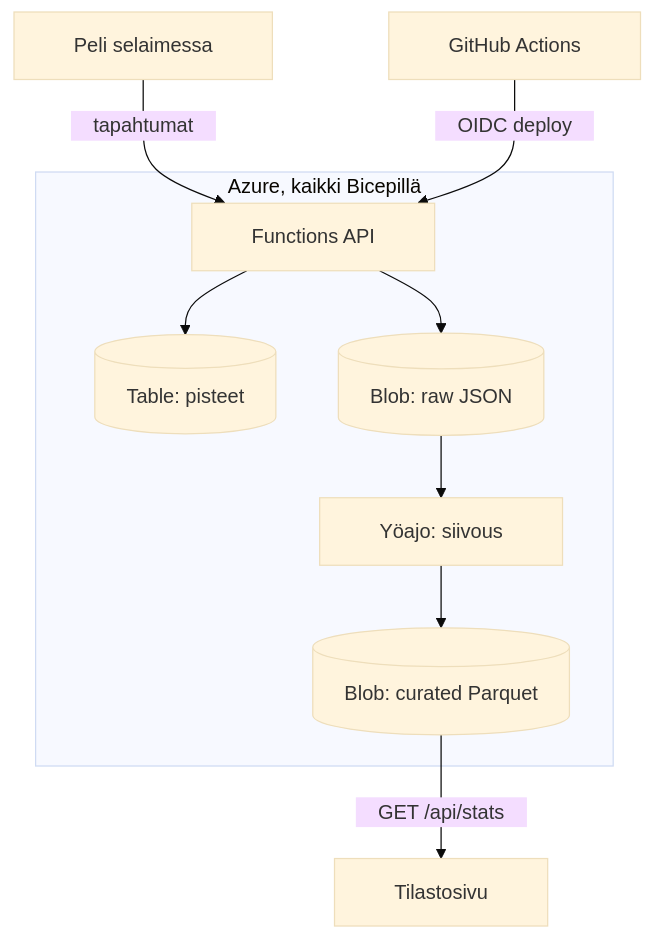
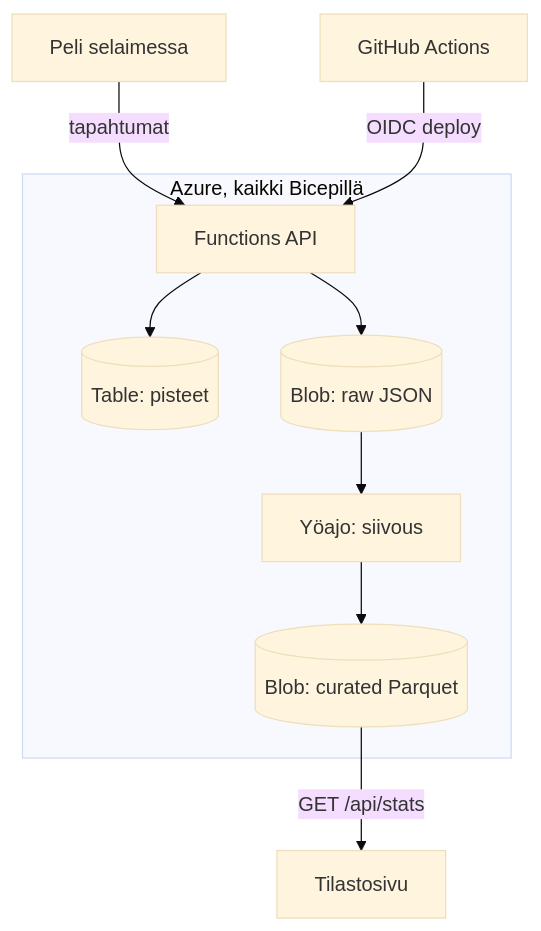
One commit to Gerlitek/zombiet-peli changed the diagram in README.md. Above: the diagram before and after it, drawn with Mermaid (base theme).

Commit message:
Try Mermaid markdown strings for the diagram labels

````diff
--- a/README.md
+++ b/README.md
@@ -14,17 +14,17 @@
 ```mermaid
 flowchart TD
-    Game["&nbsp;&nbsp;&nbsp;&nbsp;Peli selaimessa&nbsp;&nbsp;&nbsp;&nbsp;"] -->|"&nbsp;&nbsp;&nbsp;&nbsp;tapahtumat&nbsp;&nbsp;&nbsp;&nbsp;"| API
-    GH["&nbsp;&nbsp;&nbsp;&nbsp;GitHub Actions&nbsp;&nbsp;&nbsp;&nbsp;"] -->|"&nbsp;&nbsp;&nbsp;&nbsp;OIDC deploy&nbsp;&nbsp;&nbsp;&nbsp;"| API
-    subgraph Azure["&nbsp;&nbsp;&nbsp;&nbsp;Azure, kaikki Bicepillä&nbsp;&nbsp;&nbsp;&nbsp;"]
-        API["&nbsp;&nbsp;&nbsp;&nbsp;Functions API&nbsp;&nbsp;&nbsp;&nbsp;"]
-        Scores[("&nbsp;&nbsp;&nbsp;&nbsp;Table: pisteet&nbsp;&nbsp;&nbsp;&nbsp;")]
-        Raw[("&nbsp;&nbsp;&nbsp;&nbsp;Blob: raw JSON&nbsp;&nbsp;&nbsp;&nbsp;")]
-        Night["&nbsp;&nbsp;&nbsp;&nbsp;Yöajo: siivous&nbsp;&nbsp;&nbsp;&nbsp;"]
-        Cur[("&nbsp;&nbsp;&nbsp;&nbsp;Blob: curated Parquet&nbsp;&nbsp;&nbsp;&nbsp;")]
+    Game["`Peli selaimessa`"] -->|"`tapahtumat`"| API
+    GH["`GitHub Actions`"] -->|"`OIDC deploy`"| API
+    subgraph Azure["`Azure, kaikki Bicepillä`"]
+        API["`Functions API`"]
+        Scores[("`Table: pisteet`")]
+        Raw[("`Blob: raw JSON`")]
+        Night["`Yöajo: siivous`"]
+        Cur[("`Blob: curated Parquet`")]
         API --> Scores
         API --> Raw
         Raw --> Night
         Night --> Cur
     end
-    Cur -->|"&nbsp;&nbsp;&nbsp;&nbsp;GET /api/stats&nbsp;&nbsp;&nbsp;&nbsp;"| Dash["&nbsp;&nbsp;&nbsp;&nbsp;Tilastosivu&nbsp;&nbsp;&nbsp;&nbsp;"]
+    Cur -->|"`GET /api/stats`"| Dash["`Tilastosivu`"]
 ```
````
